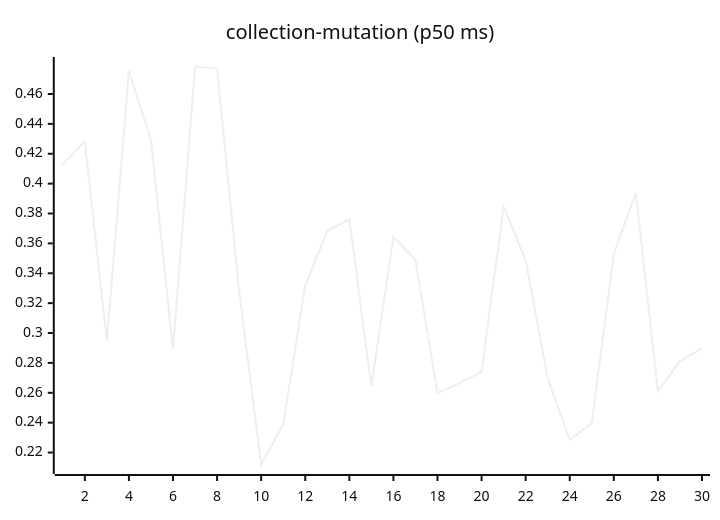
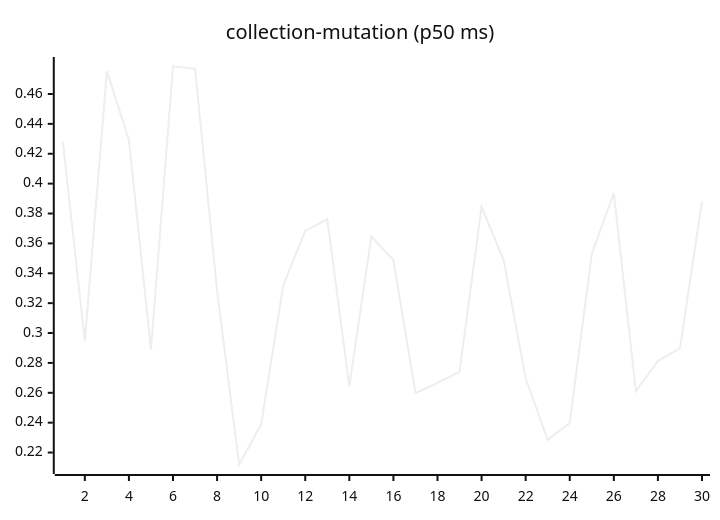
Before and after one commit to josha/Facet: the sixth of 27 diagrams in README.md, drawn with Mermaid (neutral theme). The commit also changed other lines of this file and 2 other files, not shown here.

````diff
--- a/README.md
+++ b/README.md
@@ -98,6 +98,6 @@
 ```mermaid
 xychart-beta
     title "collection-mutation (p50 ms)"
     x-axis 1 --> 30
-    line [0.4130, 0.4283, 0.2946, 0.4753, 0.4292, 0.2890, 0.4784, 0.4770, 0.3282, 0.2120, 0.2388, 0.3318, 0.3684, 0.3763, 0.2643, 0.3646, 0.3489, 0.2597, 0.2667, 0.2740, 0.3845, 0.3488, 0.2697, 0.2285, 0.2398, 0.3530, 0.3937, 0.2612, 0.2812, 0.2898]
+    line [0.4283, 0.2946, 0.4753, 0.4292, 0.2890, 0.4784, 0.4770, 0.3282, 0.2120, 0.2388, 0.3318, 0.3684, 0.3763, 0.2643, 0.3646, 0.3489, 0.2597, 0.2667, 0.2740, 0.3845, 0.3488, 0.2697, 0.2285, 0.2398, 0.3530, 0.3937, 0.2612, 0.2812, 0.2898, 0.3883]
 ```
````
